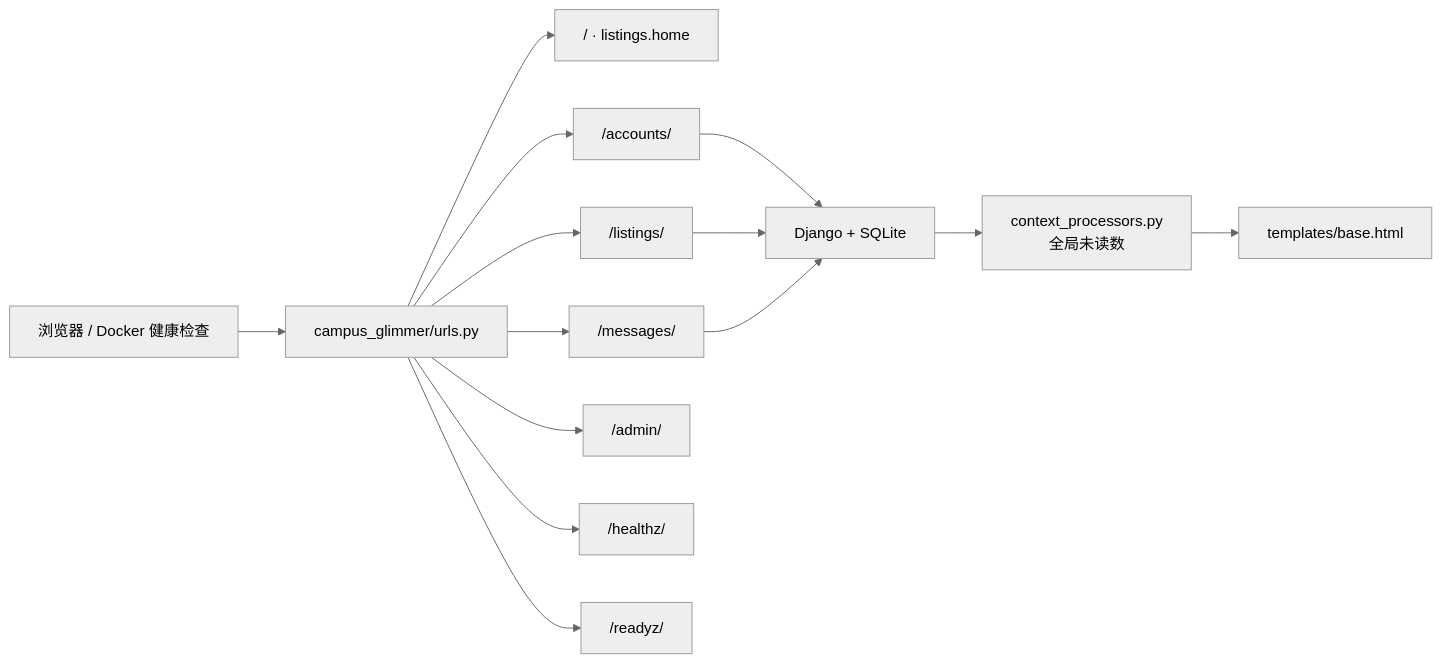
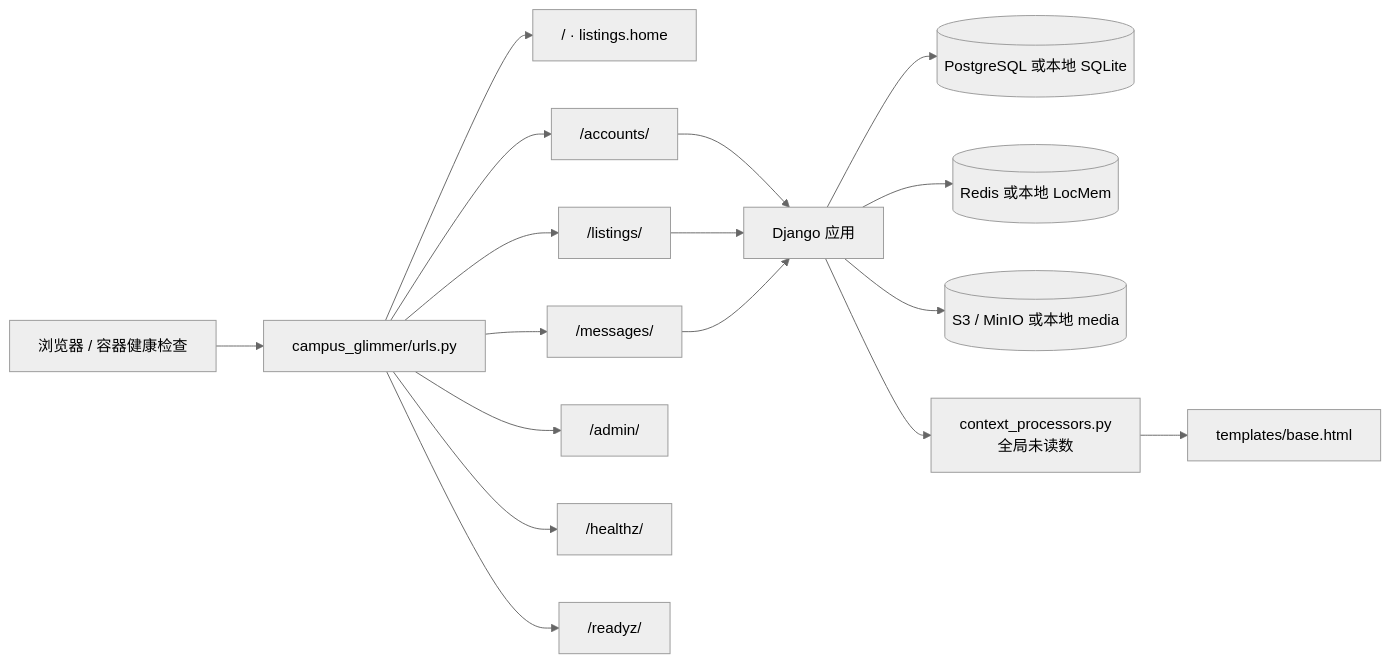
One commit to strawberry-little-bear/campus_glimmer changed the first of 2 diagrams in campus_glimmer/README.md. Above: the diagram before and after it, drawn with Mermaid (neutral theme). The commit also changed other lines of this file and 8 other files, not shown here.

````diff
--- a/campus_glimmer/README.md
+++ b/campus_glimmer/README.md
@@ -24,16 +24,19 @@
 ```mermaid
 flowchart LR
-    Browser["浏览器 / Docker 健康检查"] --> URL["campus_glimmer/urls.py"]
+    Browser["浏览器 / 容器健康检查"] --> URL["campus_glimmer/urls.py"]
     URL --> Home["/ · listings.home"]
     URL --> Accounts["/accounts/"]
     URL --> Listings["/listings/"]
     URL --> Messages["/messages/"]
     URL --> Admin["/admin/"]
     URL --> Health["/healthz/"]
     URL --> Ready["/readyz/"]
-    Accounts --> Django["Django + SQLite"]
+    Accounts --> Django["Django 应用"]
     Listings --> Django
     Messages --> Django
+    Django --> DB[("PostgreSQL 或本地 SQLite")]
+    Django --> Cache[("Redis 或本地 LocMem")]
+    Django --> Objects[("S3 / MinIO 或本地 media")]
     Django --> Context["context_processors.py<br/>全局未读数"]
     Context --> Templates["templates/base.html"]
 ```
````
